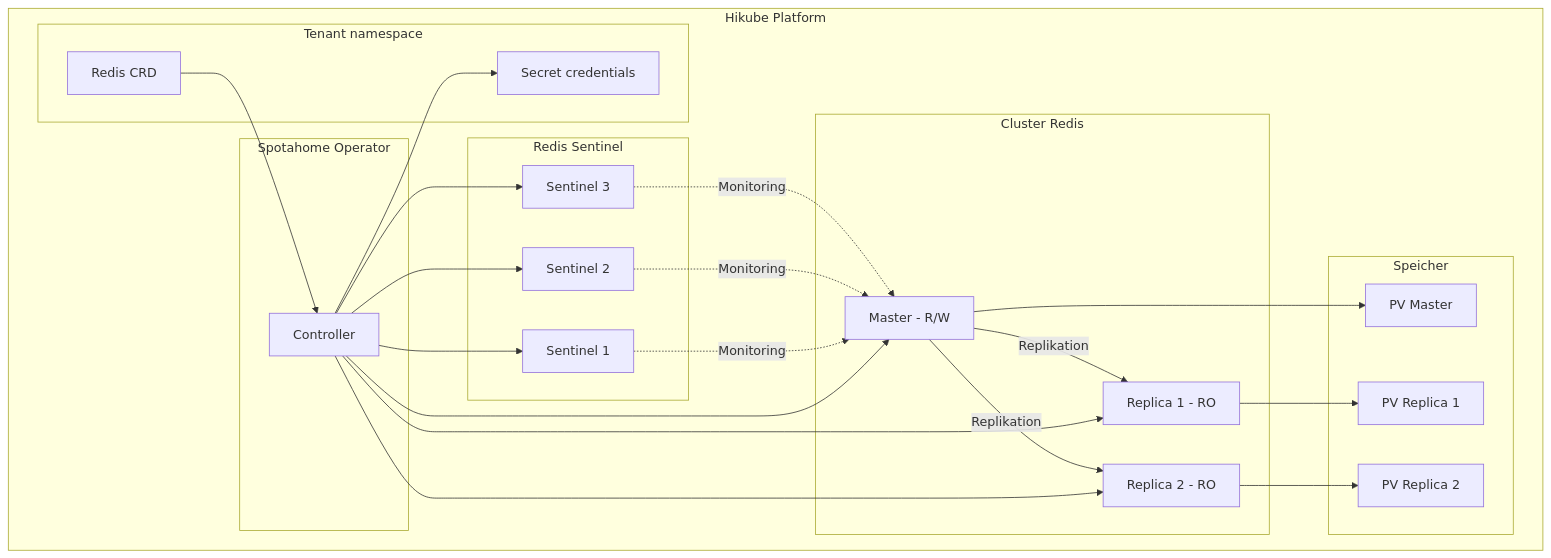
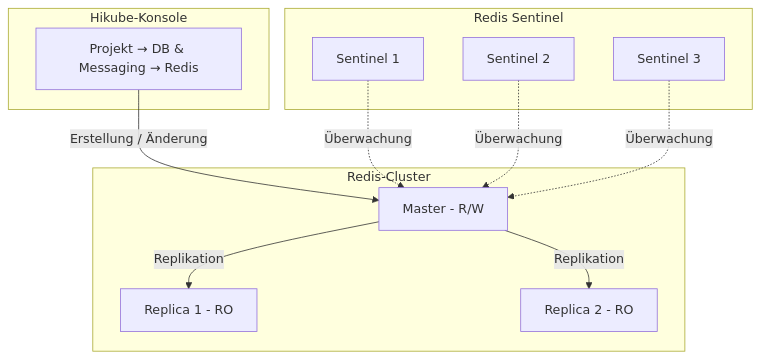
One commit to HidoraSwiss/hikube-public-doc changed the first of 2 diagrams in i18n/de/docusaurus-plugin-content-docs/current/services/databases/redis/concepts.md. Above: the diagram before and after it, drawn with Mermaid. The commit also changed other lines of this file and 148 other files, not shown here.

````diff
--- a/i18n/de/docusaurus-plugin-content-docs/current/services/databases/redis/concepts.md
+++ b/i18n/de/docusaurus-plugin-content-docs/current/services/databases/redis/concepts.md
@@ -12,48 +12,25 @@
 ```mermaid
 graph TB
-    subgraph "Hikube Platform"
-        subgraph "Tenant namespace"
-            CR[Redis CRD]
-            SEC[Secret credentials]
-        end
-
-        subgraph "Spotahome Operator"
-            OP[Controller]
-        end
-
-        subgraph "Cluster Redis"
-            M[Master - R/W]
-            R1[Replica 1 - RO]
-            R2[Replica 2 - RO]
-        end
-
-        subgraph "Redis Sentinel"
-            S1[Sentinel 1]
-            S2[Sentinel 2]
-            S3[Sentinel 3]
-        end
-
-        subgraph "Speicher"
-            PV1[PV Master]
-            PV2[PV Replica 1]
-            PV3[PV Replica 2]
-        end
+    subgraph "Hikube-Konsole"
+        UI[Projekt → DB & Messaging → Redis]
     end
 
-    CR --> OP
-    OP --> M
-    OP --> R1
-    OP --> R2
-    OP --> S1
-    OP --> S2
-    OP --> S3
+    subgraph "Redis-Cluster"
+        M[Master - R/W]
+        R1[Replica 1 - RO]
+        R2[Replica 2 - RO]
+    end
+
+    subgraph "Redis Sentinel"
+        S1[Sentinel 1]
+        S2[Sentinel 2]
+        S3[Sentinel 3]
+    end
+
+    UI -->|Erstellung / Änderung| M
     M -->|Replikation| R1
     M -->|Replikation| R2
-    S1 -.->|Monitoring| M
-    S2 -.->|Monitoring| M
-    S3 -.->|Monitoring| M
-    M --> PV1
-    R1 --> PV2
-    R2 --> PV3
-    OP --> SEC
+    S1 -.->|Überwachung| M
+    S2 -.->|Überwachung| M
+    S3 -.->|Überwachung| M
 ```
````
